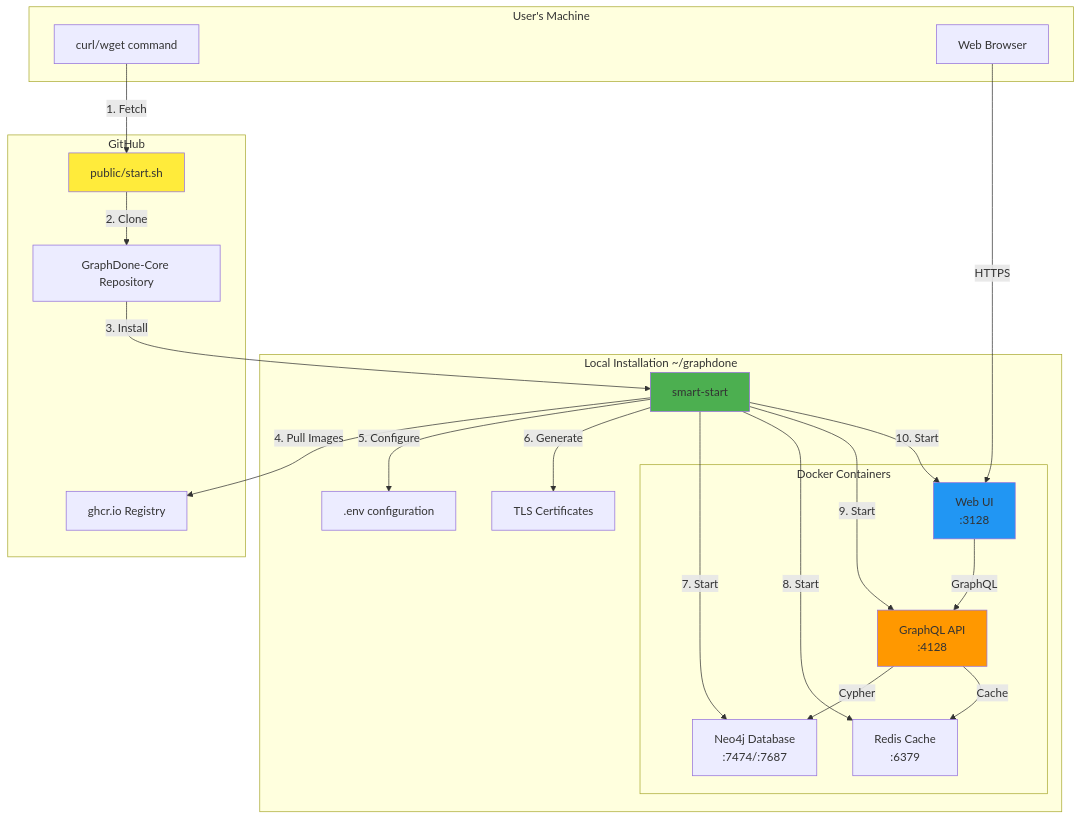
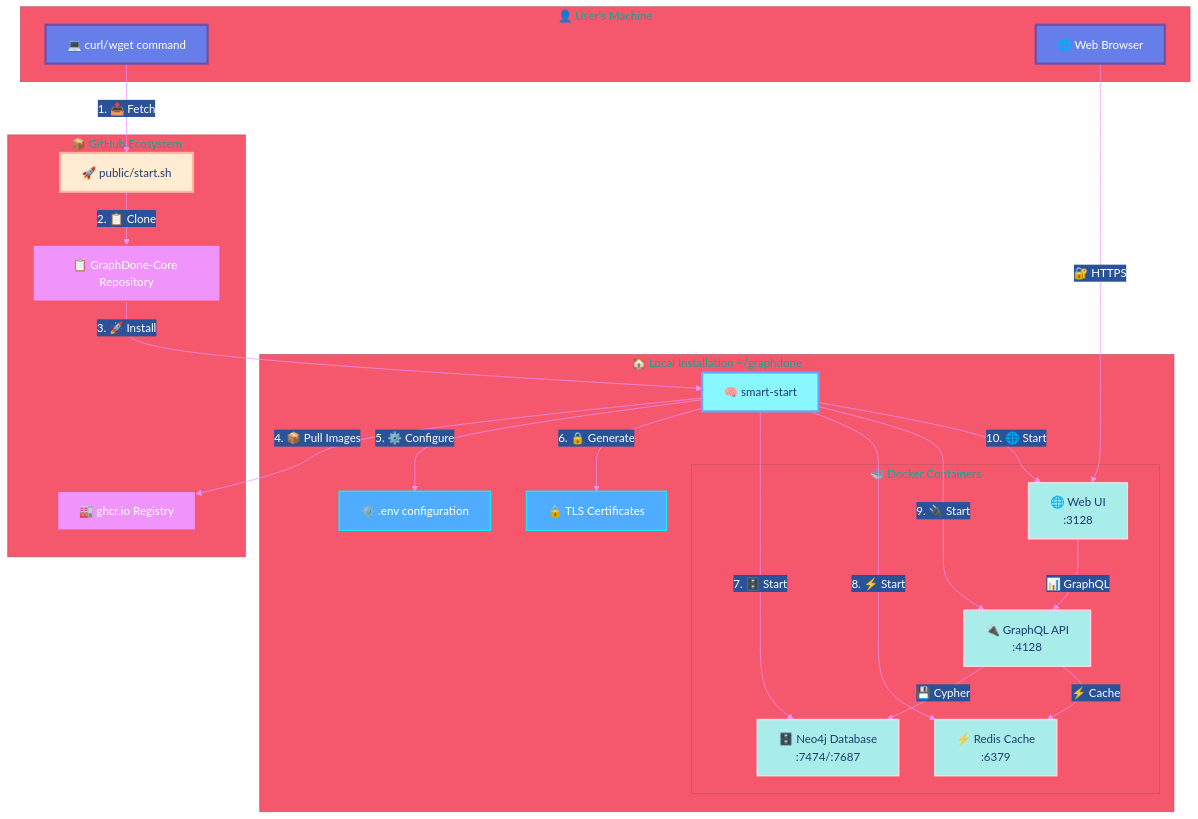
One commit to GraphDone/GraphDone-Core changed the third of 6 diagrams in docs/installation-flow.md. Above: the diagram before and after it, drawn with Mermaid. The commit also changed other lines of this file, not shown here.

First line of the commit message:
✨ Transform Mermaid diagrams with modern professional styling

````diff
--- a/docs/installation-flow.md
+++ b/docs/installation-flow.md
@@ -104,47 +150,72 @@
 ```mermaid
+%%{init: {
+  'theme': 'base',
+  'themeVariables': {
+    'primaryColor': '#1e3c72',
+    'primaryTextColor': '#ffffff',
+    'primaryBorderColor': '#2a5298',
+    'lineColor': '#f093fb',
+    'secondaryColor': '#2a5298',
+    'tertiaryColor': '#f5576c',
+    'background': '#0f172a',
+    'mainBkg': '#1e3c72',
+    'secondBkg': '#2a5298',
+    'tertiaryBkg': '#f5576c'
+  }
+}}%%
+
 graph TB
-    subgraph "User's Machine"
-        CLI[curl/wget command]
-        Browser[Web Browser]
+    subgraph User ["👤 User's Machine"]
+        CLI[💻 curl/wget command]
+        Browser[🌐 Web Browser]
     end
     
-    subgraph "GitHub"
-        Repo[GraphDone-Core Repository]
-        Script[public/start.sh]
-        Registry[ghcr.io Registry]
+    subgraph GitHub ["📦 GitHub Ecosystem"]
+        Repo[📋 GraphDone-Core Repository]
+        Script[🚀 public/start.sh]
+        Registry[🏭 ghcr.io Registry]
     end
     
-    subgraph "Local Installation ~/graphdone"
-        SmartStart[smart-start]
-        ENV[.env configuration]
-        Certs[TLS Certificates]
+    subgraph Local ["🏠 Local Installation ~/graphdone"]
+        SmartStart[🧠 smart-start]
+        ENV[⚙️ .env configuration]
+        Certs[🔒 TLS Certificates]
         
-        subgraph "Docker Containers"
-            Neo4j[Neo4j Database<br/>:7474/:7687]
-            Redis[Redis Cache<br/>:6379]
-            API[GraphQL API<br/>:4128]
-            Web[Web UI<br/>:3128]
+        subgraph Containers ["🐳 Docker Containers"]
+            Neo4j[🗄️ Neo4j Database<br/>:7474/:7687]
+            Redis[⚡ Redis Cache<br/>:6379]
+            API[🔌 GraphQL API<br/>:4128]
+            Web[🌐 Web UI<br/>:3128]
         end
     end
     
-    CLI -->|1. Fetch| Script
-    Script -->|2. Clone| Repo
-    Repo -->|3. Install| SmartStart
-    SmartStart -->|4. Pull Images| Registry
-    SmartStart -->|5. Configure| ENV
-    SmartStart -->|6. Generate| Certs
-    SmartStart -->|7. Start| Neo4j
-    SmartStart -->|8. Start| Redis
-    SmartStart -->|9. Start| API
-    SmartStart -->|10. Start| Web
+    CLI -->|1. 📥 Fetch| Script
+    Script -->|2. 📋 Clone| Repo
+    Repo -->|3. 🚀 Install| SmartStart
+    SmartStart -->|4. 📦 Pull Images| Registry
+    SmartStart -->|5. ⚙️ Configure| ENV
+    SmartStart -->|6. 🔒 Generate| Certs
+    SmartStart -->|7. 🗄️ Start| Neo4j
+    SmartStart -->|8. ⚡ Start| Redis
+    SmartStart -->|9. 🔌 Start| API
+    SmartStart -->|10. 🌐 Start| Web
     
-    Browser -->|HTTPS| Web
-    Web -->|GraphQL| API
-    API -->|Cypher| Neo4j
-    API -->|Cache| Redis
+    Browser -->|🔐 HTTPS| Web
+    Web -->|📊 GraphQL| API
+    API -->|💾 Cypher| Neo4j
+    API -->|⚡ Cache| Redis
     
-    style Script fill:#ffeb3b
-    style SmartStart fill:#4caf50
-    style Web fill:#2196f3
-    style API fill:#ff9800
+    classDef userStyle fill:#667eea,stroke:#764ba2,stroke-width:3px,color:#ffffff
+    classDef githubStyle fill:#f093fb,stroke:#f5576c,stroke-width:2px,color:#ffffff
+    classDef localStyle fill:#4facfe,stroke:#00f2fe,stroke-width:2px,color:#ffffff
+    classDef containerStyle fill:#a8edea,stroke:#fed6e3,stroke-width:2px,color:#1e3c72
+    classDef scriptStyle fill:#ffecd2,stroke:#fcb69f,stroke-width:3px,color:#1e3c72
+    classDef smartStyle fill:#89f7fe,stroke:#66a6ff,stroke-width:3px,color:#1e3c72
+    
+    class CLI,Browser userStyle
+    class Repo,Registry githubStyle
+    class ENV,Certs localStyle
+    class Neo4j,Redis,API,Web containerStyle
+    class Script scriptStyle
+    class SmartStart smartStyle
 ```
````
